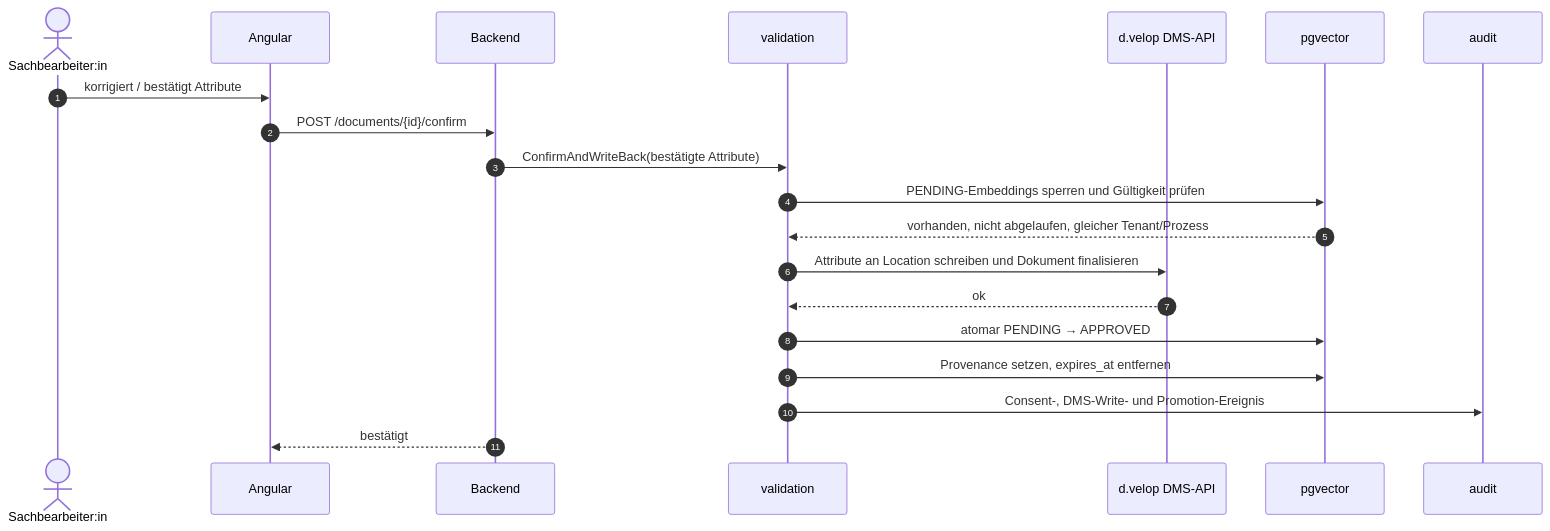
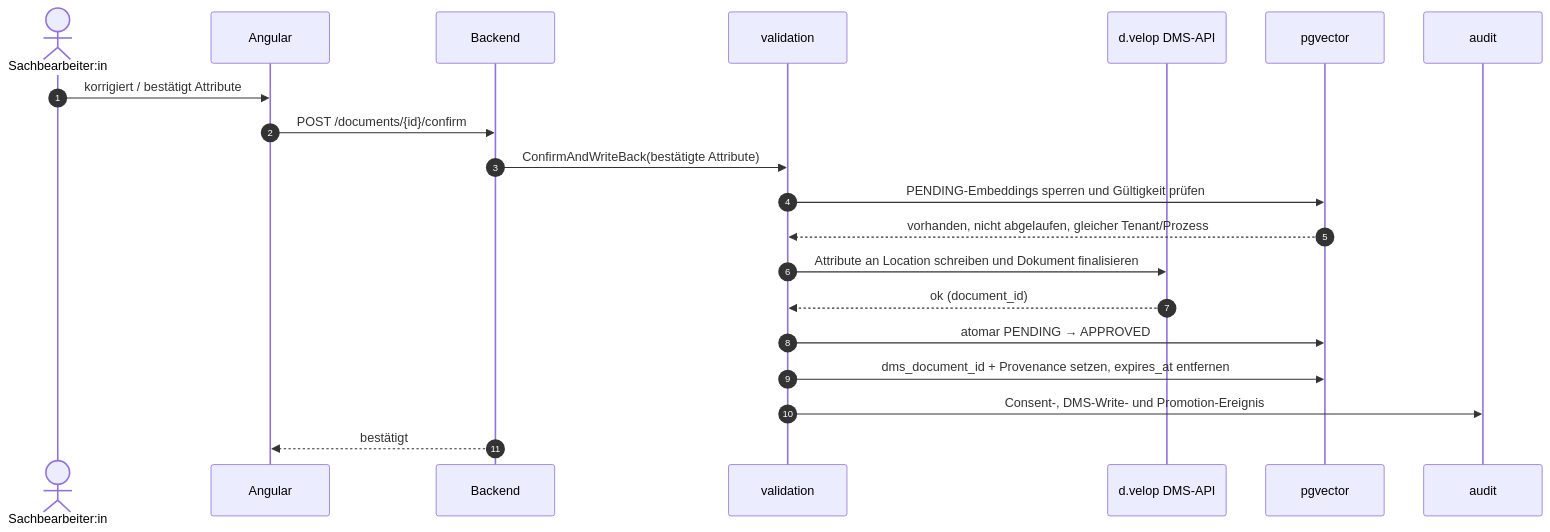
One commit to segjo/docextract changed the fourth of 7 diagrams in doc/ARCHITECTURE.md. Above: the diagram before and after it, drawn with Mermaid. The commit also changed other lines of this file and 1 other file, not shown here.

Commit message:
doc: enhance DMS-API documentation with detailed references for object definitions and metadata retrieval

````diff
--- a/doc/ARCHITECTURE.md
+++ b/doc/ARCHITECTURE.md
@@ -304,23 +307,23 @@
 ```mermaid
 sequenceDiagram
     autonumber
     actor SB as Sachbearbeiter:in
     participant FE as Angular
     participant API as Backend
     participant VAL as validation
     participant DMS as d.velop DMS-API
     participant VDB as pgvector
     participant AUD as audit
 
     SB->>FE: korrigiert / bestätigt Attribute
     FE->>API: POST /documents/{id}/confirm
     API->>VAL: ConfirmAndWriteBack(bestätigte Attribute)
     VAL->>VDB: PENDING-Embeddings sperren und Gültigkeit prüfen
     VDB-->>VAL: vorhanden, nicht abgelaufen, gleicher Tenant/Prozess
     VAL->>DMS: Attribute an Location schreiben und Dokument finalisieren
-    DMS-->>VAL: ok
+    DMS-->>VAL: ok (document_id)
     VAL->>VDB: atomar PENDING → APPROVED
-    VAL->>VDB: Provenance setzen, expires_at entfernen
+    VAL->>VDB: dms_document_id + Provenance setzen, expires_at entfernen
     VAL->>AUD: Consent-, DMS-Write- und Promotion-Ereignis
     API-->>FE: bestätigt
 ```
````
